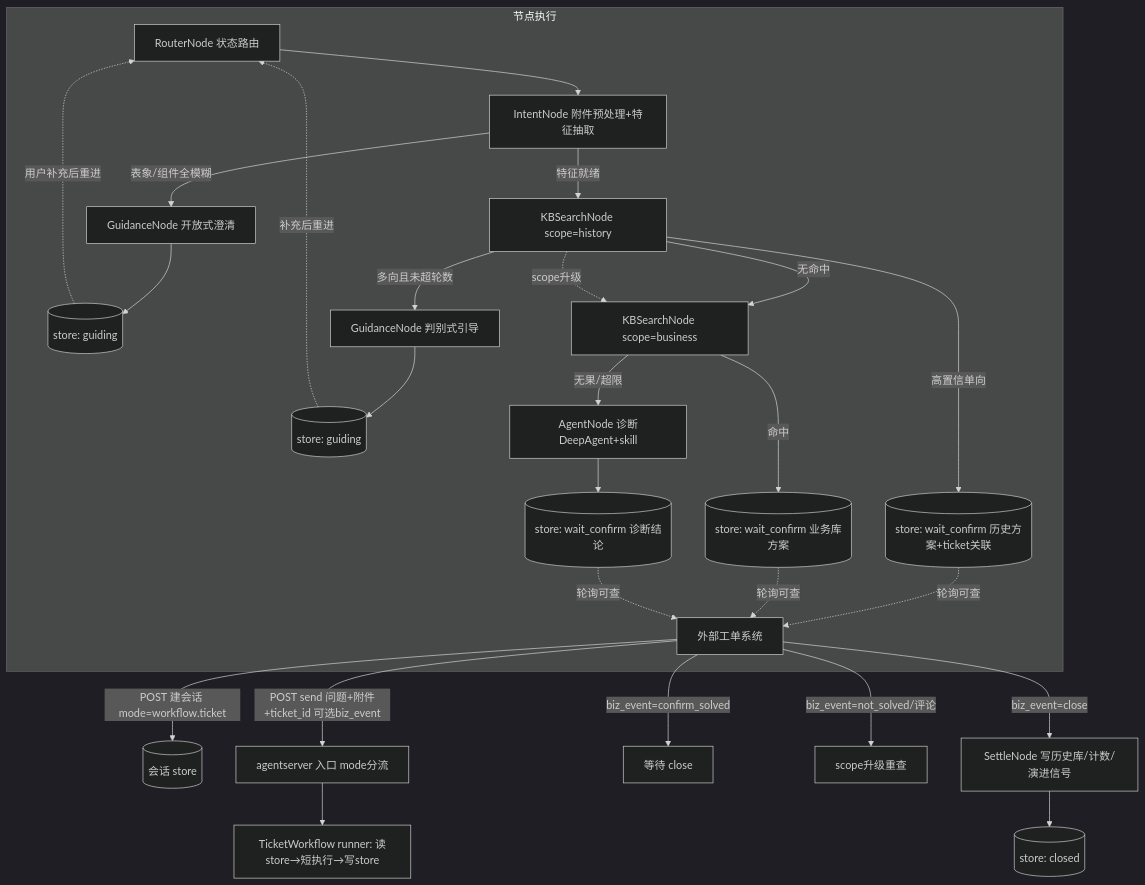
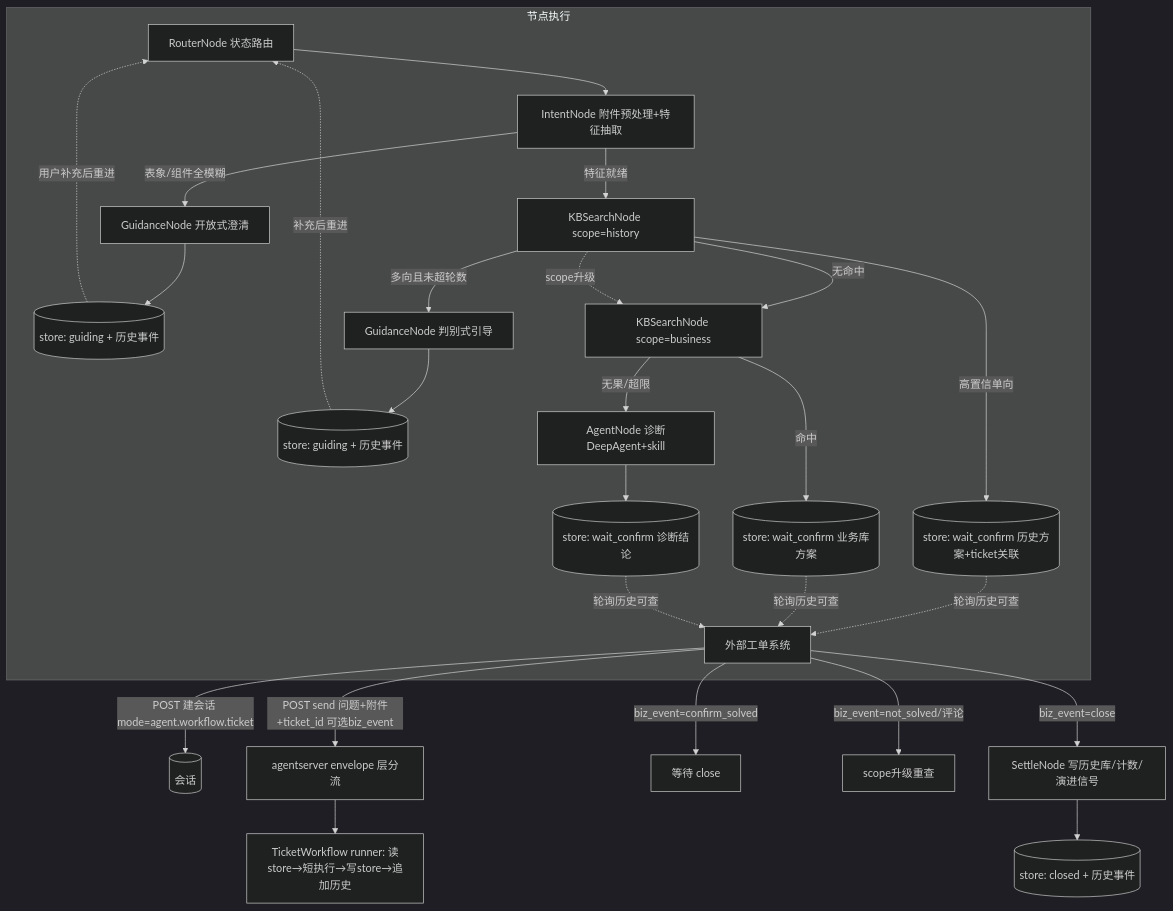
One commit to CrazyLichen/uapclaw-go changed the diagram in docs/superpowers/specs/2026-11-26-ticket-workflow-design.md. Above: the diagram before and after it, drawn with Mermaid (dark theme). The commit also changed other lines of this file, not shown here.

Commit message:
docs(spec): TicketWorkflow 双实例隔离修订——共享内核条款/中断信封链路/mode三段式/envelope分流/历史追加结果通道

````diff
--- a/docs/superpowers/specs/2026-11-26-ticket-workflow-design.md
+++ b/docs/superpowers/specs/2026-11-26-ticket-workflow-design.md
@@ -121,29 +170,29 @@
 ```mermaid
 flowchart TD
-    EXT[外部工单系统] -->|POST 建会话 mode=workflow.ticket| SES[(会话 store)]
-    EXT -->|POST send 问题+附件+ticket_id 可选biz_event| AS[agentserver 入口 mode分流]
-    AS --> WF[TicketWorkflow runner: 读store→短执行→写store]
+    EXT[外部工单系统] -->|POST 建会话 mode=agent.workflow.ticket| SES[(会话)]
+    EXT -->|POST send 问题+附件+ticket_id 可选biz_event| AS[agentserver envelope 层分流]
+    AS --> WF[TicketWorkflow runner: 读store→短执行→写store→追加历史]
 
     subgraph 节点执行
         R[RouterNode 状态路由] --> I[IntentNode 附件预处理+特征抽取]
         I -->|表象/组件全模糊| G1[GuidanceNode 开放式澄清]
         I -->|特征就绪| K[KBSearchNode scope=history]
-        G1 --> W1[(store: guiding)]
+        G1 --> W1[(store: guiding + 历史事件)]
         W1 -.用户补充后重进.-> R
         K -->|高置信单向| WC1[(store: wait_confirm 历史方案+ticket关联)]
         K -->|多向且未超轮数| G2[GuidanceNode 判别式引导]
-        G2 --> W2[(store: guiding)]
+        G2 --> W2[(store: guiding + 历史事件)]
         W2 -.补充后重进.-> R
         K -->|无命中| K2[KBSearchNode scope=business]
         K -.scope升级.-> K2
         K2 -->|命中| WC2[(store: wait_confirm 业务库方案)]
         K2 -->|无果/超限| A[AgentNode 诊断DeepAgent+skill]
         A --> WC3[(store: wait_confirm 诊断结论)]
-        WC1 & WC2 & WC3 -.轮询可查.-> EXT
+        WC1 & WC2 & WC3 -.轮询历史可查.-> EXT
     end
 
     EXT -->|biz_event=confirm_solved| PEND[等待 close]
     EXT -->|biz_event=not_solved/评论| UP[scope升级重查]
     EXT -->|biz_event=close| S[SettleNode 写历史库/计数/演进信号]
-    S --> CL[(store: closed)]
+    S --> CL[(store: closed + 历史事件)]
 ```
````
